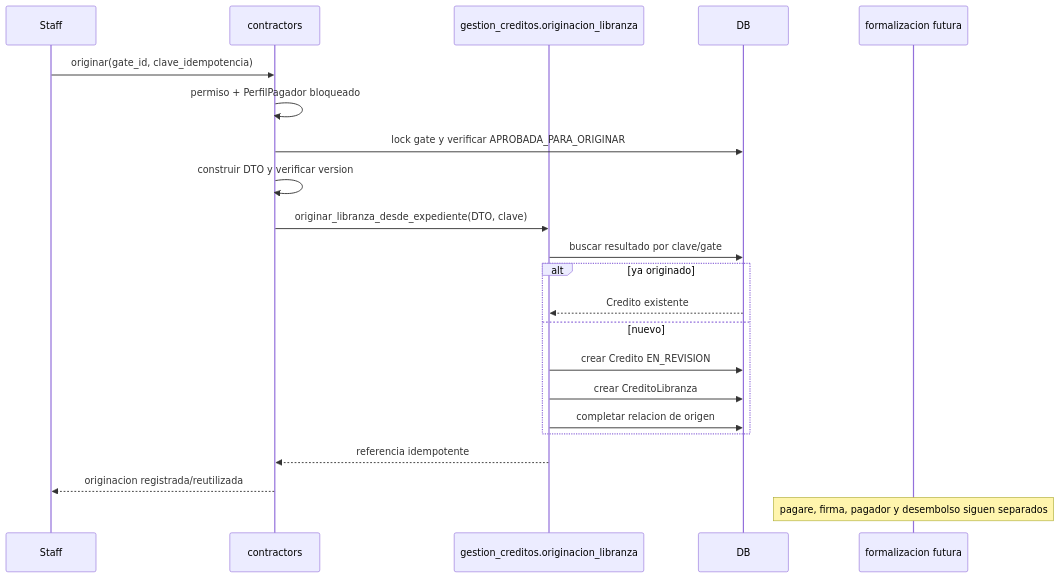
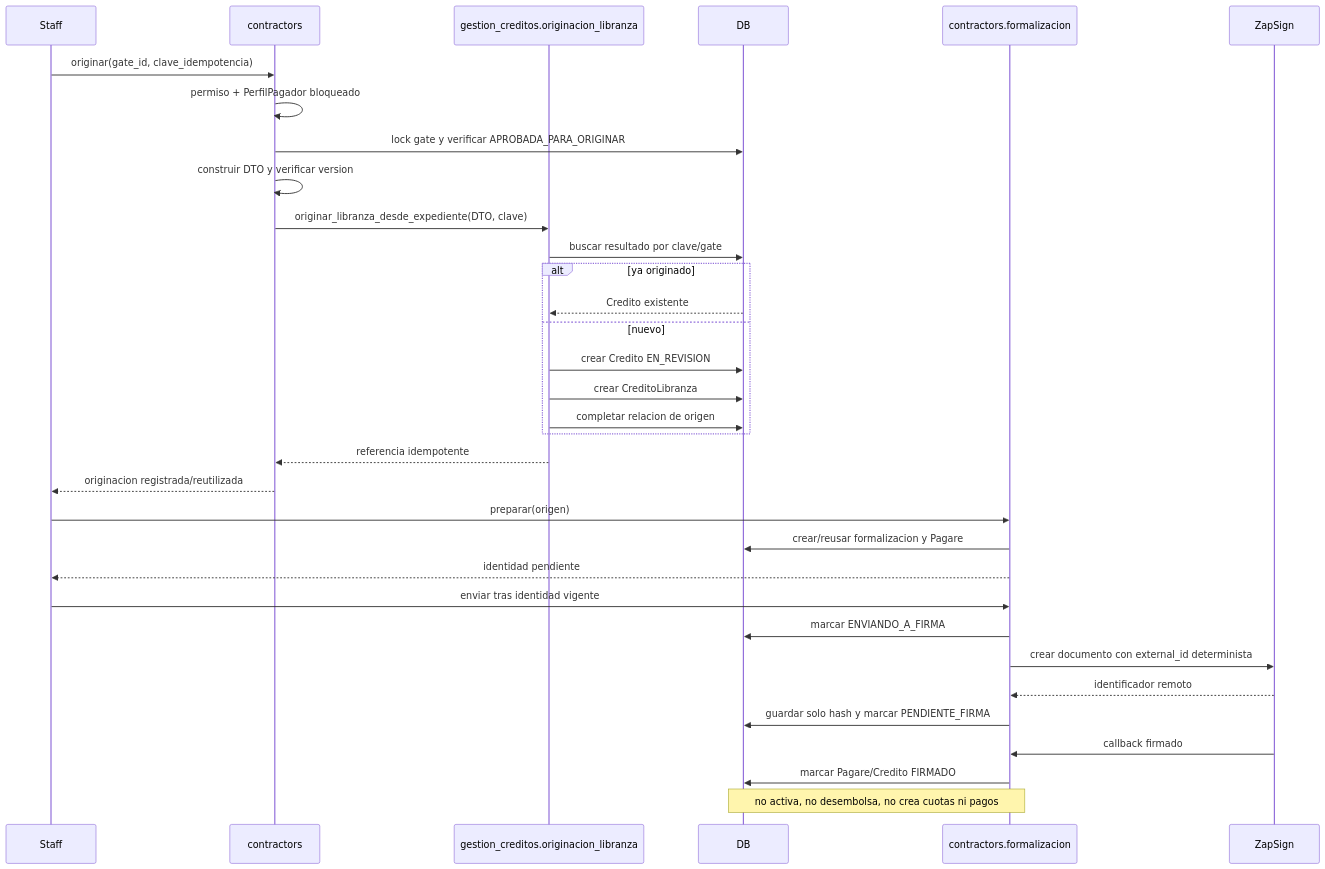
One commit to AdminDataIn/aprobado changed the seventh of 7 diagrams in docs/prestadores_flujo_end_to_end.md. Above: the diagram before and after it, drawn with Mermaid. The commit also changed other lines of this file and 15 other files, not shown here.

Commit message:
feat: agregar formalizacion y firma prestadores

````diff
--- a/docs/prestadores_flujo_end_to_end.md
+++ b/docs/prestadores_flujo_end_to_end.md
@@ -363,25 +383,36 @@
 ```mermaid
 sequenceDiagram
     participant Staff
     participant Contractors as contractors
     participant Core as gestion_creditos.originacion_libranza
     participant DB
-    participant Formal as formalizacion futura
+    participant Formal as contractors.formalizacion
+    participant Firma as ZapSign
 
     Staff->>Contractors: originar(gate_id, clave_idempotencia)
     Contractors->>Contractors: permiso + PerfilPagador bloqueado
     Contractors->>DB: lock gate y verificar APROBADA_PARA_ORIGINAR
     Contractors->>Contractors: construir DTO y verificar version
     Contractors->>Core: originar_libranza_desde_expediente(DTO, clave)
     Core->>DB: buscar resultado por clave/gate
     alt ya originado
         DB-->>Core: Credito existente
     else nuevo
         Core->>DB: crear Credito EN_REVISION
         Core->>DB: crear CreditoLibranza
         Core->>DB: completar relacion de origen
     end
     Core-->>Contractors: referencia idempotente
     Contractors-->>Staff: originacion registrada/reutilizada
-    Note over Formal: pagare, firma, pagador y desembolso siguen separados
+    Staff->>Formal: preparar(origen)
+    Formal->>DB: crear/reusar formalizacion y Pagare
+    Formal-->>Staff: identidad pendiente
+    Staff->>Formal: enviar tras identidad vigente
+    Formal->>DB: marcar ENVIANDO_A_FIRMA
+    Formal->>Firma: crear documento con external_id determinista
+    Firma-->>Formal: identificador remoto
+    Formal->>DB: guardar solo hash y marcar PENDIENTE_FIRMA
+    Firma->>Formal: callback firmado
+    Formal->>DB: marcar Pagare/Credito FIRMADO
+    Note over Formal,DB: no activa, no desembolsa, no crea cuotas ni pagos
 ```
````
